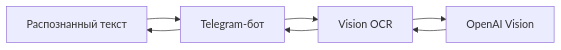
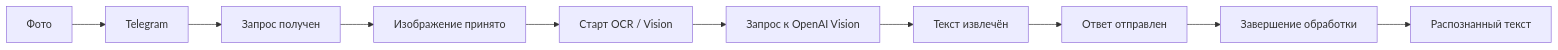
Before and after one commit to AlexLvGulyaev/Assistant-Flow: the third of 6 diagrams in USER_GUIDE.md, drawn with Mermaid. The commit also changed other lines of this file, not shown here.

Commit message:
docs: user_guide_diagramm

````diff
--- a/USER_GUIDE.md
+++ b/USER_GUIDE.md
@@ -73,9 +91,12 @@
 ```mermaid
 flowchart LR
-    U[Фото с текстом] --> TG[Telegram-бот]
-    TG --> OCR[Vision OCR]
-    OCR --> V[OpenAI Vision]
-    V --> OCR
-    OCR --> TG
-    TG --> U[Распознанный текст]
+    U[Фото] --> TG[Telegram]
+    TG --> S1[Запрос получен]
+    S1 --> S2[Изображение принято]
+    S2 --> S3[Старт OCR / Vision]
+    S3 --> S4[Запрос к OpenAI Vision]
+    S4 --> S5[Текст извлечён]
+    S5 --> S6[Ответ отправлен]
+    S6 --> S7[Завершение обработки]
+    S7 --> A[Распознанный текст]
 ```
````
